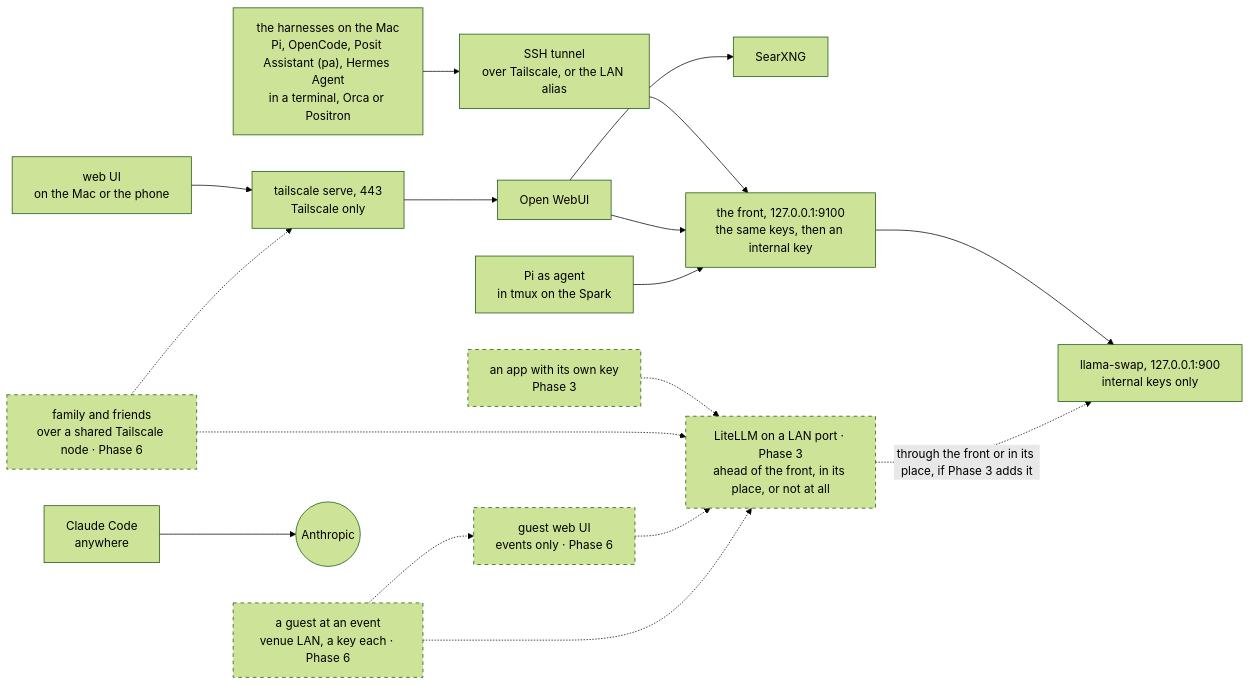
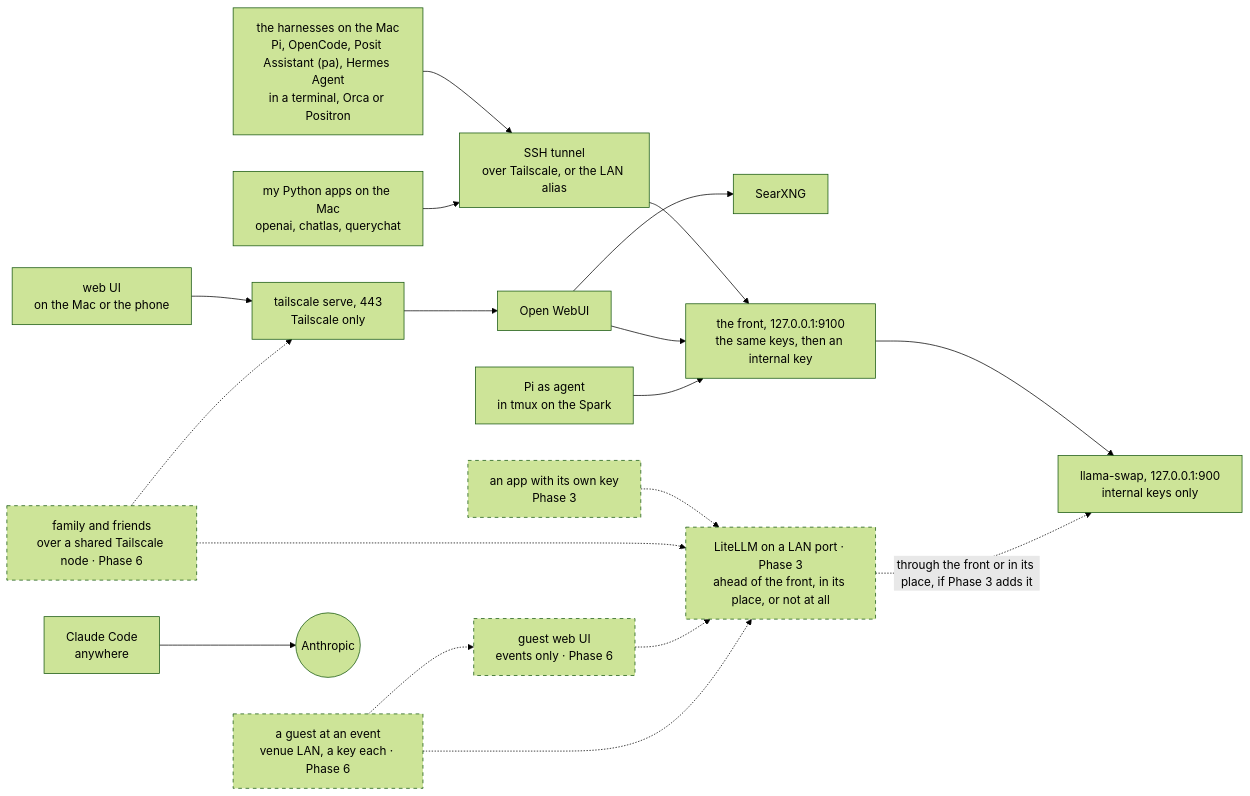
Before and after one commit to chendaniely/local-ai: the second of 4 diagrams in website/architecture.qmd, drawn with Mermaid (forest theme). The commit also changed other lines of this file and 4 other files, not shown here.

First line of the commit message:
docs(website): 🤖 Python apps and the API key: a runbook with openai, chatlas and querychat, and their path on the diagrams

````diff
--- a/website/architecture.qmd
+++ b/website/architecture.qmd
@@ -179,35 +182,37 @@
 ```{mermaid}
 flowchart LR
   classDef planned stroke-dasharray: 5 5
 
   piT["the harnesses on the Mac<br/>Pi, OpenCode, Posit Assistant (pa), Hermes Agent<br/>in a terminal, Orca or Positron"]
+  py["my Python apps on the Mac<br/>openai, chatlas, querychat"]
   ui["web UI<br/>on the Mac or the phone"]
   piA["Pi as agent<br/>in tmux on the Spark"]
   cc["Claude Code<br/>anywhere"]
   app["an app with its own key<br/>Phase 3"]:::planned
   fam["family and friends<br/>over a shared Tailscale node · Phase 6"]:::planned
   guest["a guest at an event<br/>venue LAN, a key each · Phase 6"]:::planned
 
   tunnel["SSH tunnel<br/>over Tailscale, or the LAN alias"]
   guestui["guest web UI<br/>events only · Phase 6"]:::planned
   serve["tailscale serve, 443<br/>Tailscale only"]
   owui["Open WebUI"]
   searx["SearXNG"]
   front["the front, 127.0.0.1:9100<br/>the same keys, then an internal key"]
   swap["llama-swap, 127.0.0.1:900<br/>internal keys only"]
   litellm["LiteLLM on a LAN port · Phase 3<br/>ahead of the front, in its place, or not at all"]:::planned
   anthropic(("Anthropic"))
 
   piT --> tunnel --> front
+  py --> tunnel
   ui --> serve --> owui --> front
   owui --> searx
   piA --> front
   cc --> anthropic
   front --> swap
   app -.-> litellm
   litellm -. "through the front or in its place, if Phase 3 adds it" .-> swap
   fam -.-> serve
   fam -.-> litellm
   guest -.-> guestui -.-> litellm
   guest -.-> litellm
 ```
````
